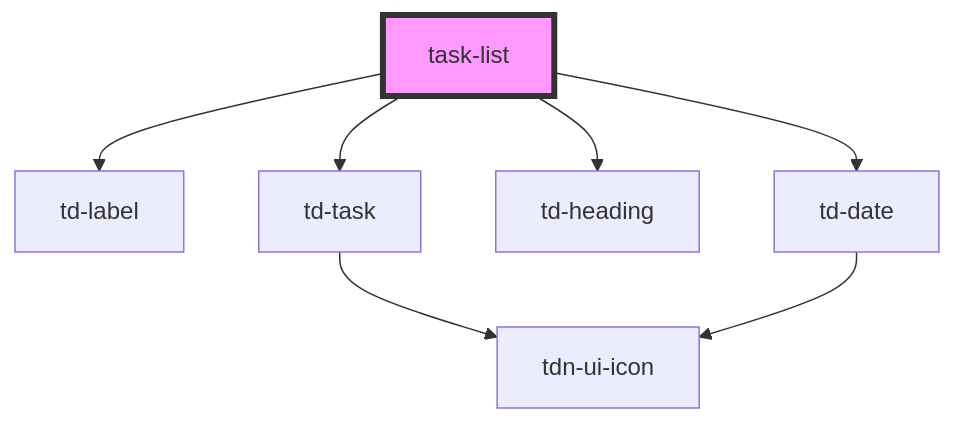
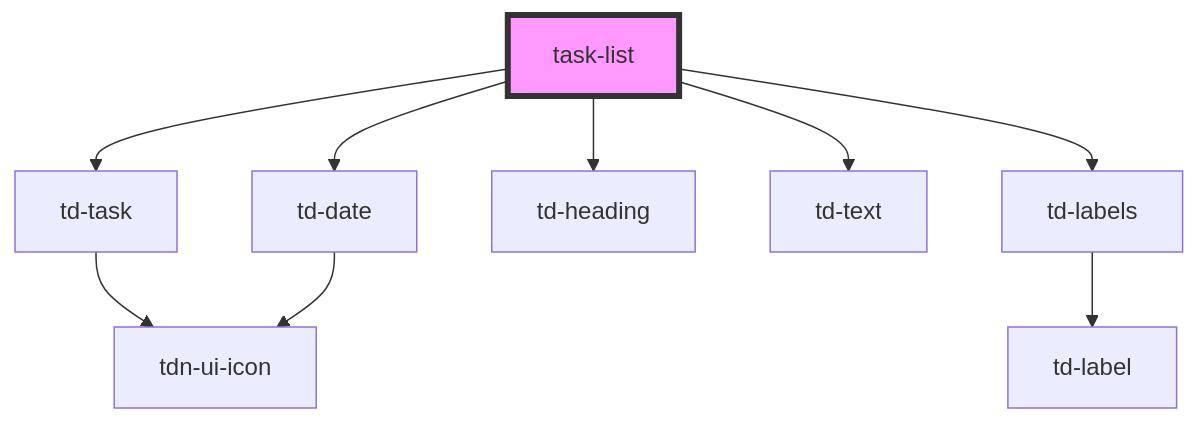
One commit to ajarana/to-done changed the diagram in libs/ui/src/components/task-list/readme.md. Above: the diagram before and after it, drawn with Mermaid. The commit also changed other lines of this file and 63 other files, not shown here.

````diff
--- a/libs/ui/src/components/task-list/readme.md
+++ b/libs/ui/src/components/task-list/readme.md
@@ -26,10 +34,12 @@
 ```mermaid
 graph TD;
-  task-list --> td-label
   task-list --> td-task
+  task-list --> td-labels
   task-list --> td-heading
+  task-list --> td-text
   task-list --> td-date
   td-task --> tdn-ui-icon
+  td-labels --> td-label
   td-date --> tdn-ui-icon
   style task-list fill:#f9f,stroke:#333,stroke-width:4px
 ```
````
